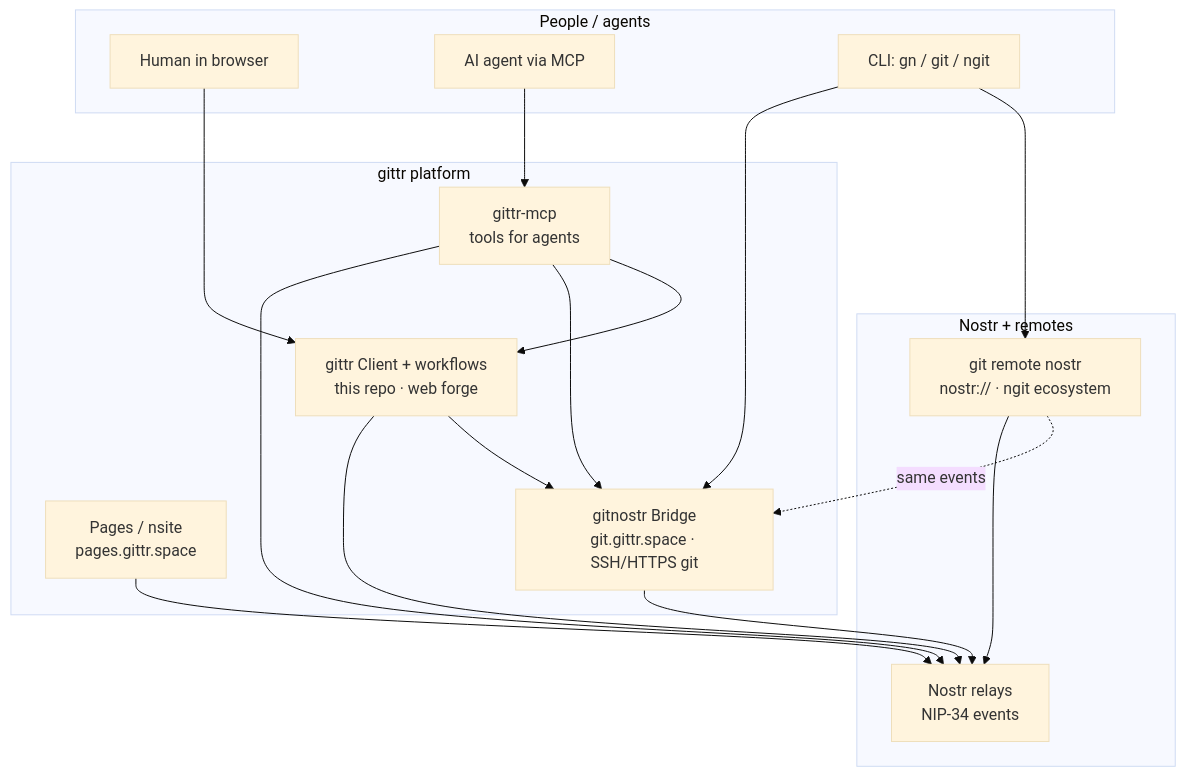
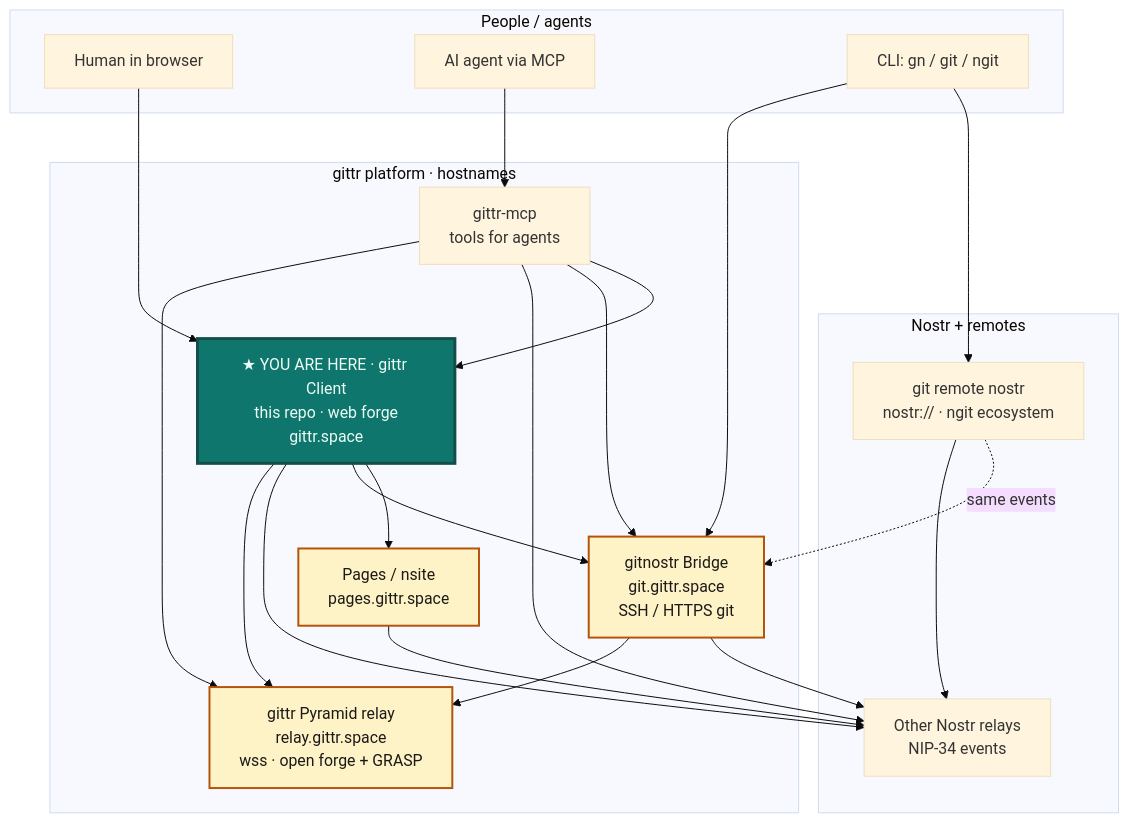
The diagram in README.md (arbadacarbaYK/gittr), drawn with Mermaid (base theme) before and after one commit. The commit also changed other lines of this file and 1 other file, not shown here.

Commit message:
docs: highlight host URLs and you-are-here on platform maps
Add relay.gittr.space; style git/pages/relay hosts and the repo's own card in gittr + gitnostr READMEs.

````diff
--- a/README.md
+++ b/README.md
@@ -11,34 +11,44 @@
 ```mermaid
 flowchart TB
   subgraph people["People / agents"]
     Human["Human in browser"]
     Agent["AI agent via MCP"]
     CLI["CLI: gn / git / ngit"]
   end
 
-  subgraph gittr_stack["gittr platform"]
-    UI["gittr Client + workflows<br/>this repo · web forge"]
+  subgraph gittr_stack["gittr platform · hostnames"]
+    UI["★ YOU ARE HERE · gittr Client<br/>this repo · web forge<br/>gittr.space"]
     Pages["Pages / nsite<br/>pages.gittr.space"]
-    Bridge["gitnostr Bridge<br/>git.gittr.space · SSH/HTTPS git"]
+    Bridge["gitnostr Bridge<br/>git.gittr.space<br/>SSH / HTTPS git"]
     MCP["gittr-mcp<br/>tools for agents"]
+    RelayGittr["gittr Pyramid relay<br/>relay.gittr.space<br/>wss · open forge + GRASP"]
   end
 
   subgraph nostr_world["Nostr + remotes"]
-    Relays["Nostr relays<br/>NIP-34 events"]
+    Relays["Other Nostr relays<br/>NIP-34 events"]
     RemoteNostr["git remote nostr<br/>nostr:// · ngit ecosystem"]
   end
 
   Human --> UI
   Agent --> MCP
   CLI --> Bridge
   CLI --> RemoteNostr
+  UI --> RelayGittr
   UI --> Relays
   UI --> Bridge
+  UI --> Pages
+  MCP --> RelayGittr
   MCP --> Relays
   MCP --> Bridge
   MCP --> UI
   Pages --> Relays
+  Bridge --> RelayGittr
   Bridge --> Relays
   RemoteNostr --> Relays
   RemoteNostr -.->|same events| Bridge
+
+  classDef youAreHere fill:#0f766e,stroke:#134e4a,stroke-width:3px,color:#ecfdf5
+  classDef hostUrl fill:#fef3c7,stroke:#b45309,stroke-width:2px,color:#1c1917
+  class UI youAreHere
+  class Bridge,Pages,RelayGittr hostUrl
 ```
````
